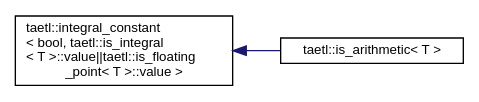
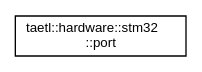
One commit to tobanteAudio/taetl changed the diagram in inherit_graph_18.dot. Above: the diagram before and after it, drawn with Graphviz. The commit also changed 113 other files, not shown here.

```diff
--- a/inherit_graph_18.dot
+++ b/inherit_graph_18.dot
@@ -1,9 +1,7 @@
 digraph "Graphical Class Hierarchy"
 {
   edge [fontname="Helvetica",fontsize="10",labelfontname="Helvetica",labelfontsize="10"];
   node [fontname="Helvetica",fontsize="10",shape=record];
   rankdir="LR";
-  Node0 [label="taetl::integral_constant\l\< bool, taetl::is_integral\l\< T \>::value\|\|taetl::is_floating\l_point\< T \>::value \>",height=0.2,width=0.4,color="black", fillcolor="white", style="filled",URL="$structtaetl_1_1integral__constant.html"];
-  Node0 -> Node1 [dir="back",color="midnightblue",fontsize="10",style="solid",fontname="Helvetica"];
-  Node1 [label="taetl::is_arithmetic\< T \>",height=0.2,width=0.4,color="black", fillcolor="white", style="filled",URL="$structtaetl_1_1is__arithmetic.html",tooltip="If T is an arithmetic type (that is, an integral type or a floating-point type) or a cv-qualified ver..."];
+  Node0 [label="taetl::hardware::stm32\l::port",height=0.2,width=0.4,color="black", fillcolor="white", style="filled",URL="$structtaetl_1_1hardware_1_1stm32_1_1port.html"];
 }
```
